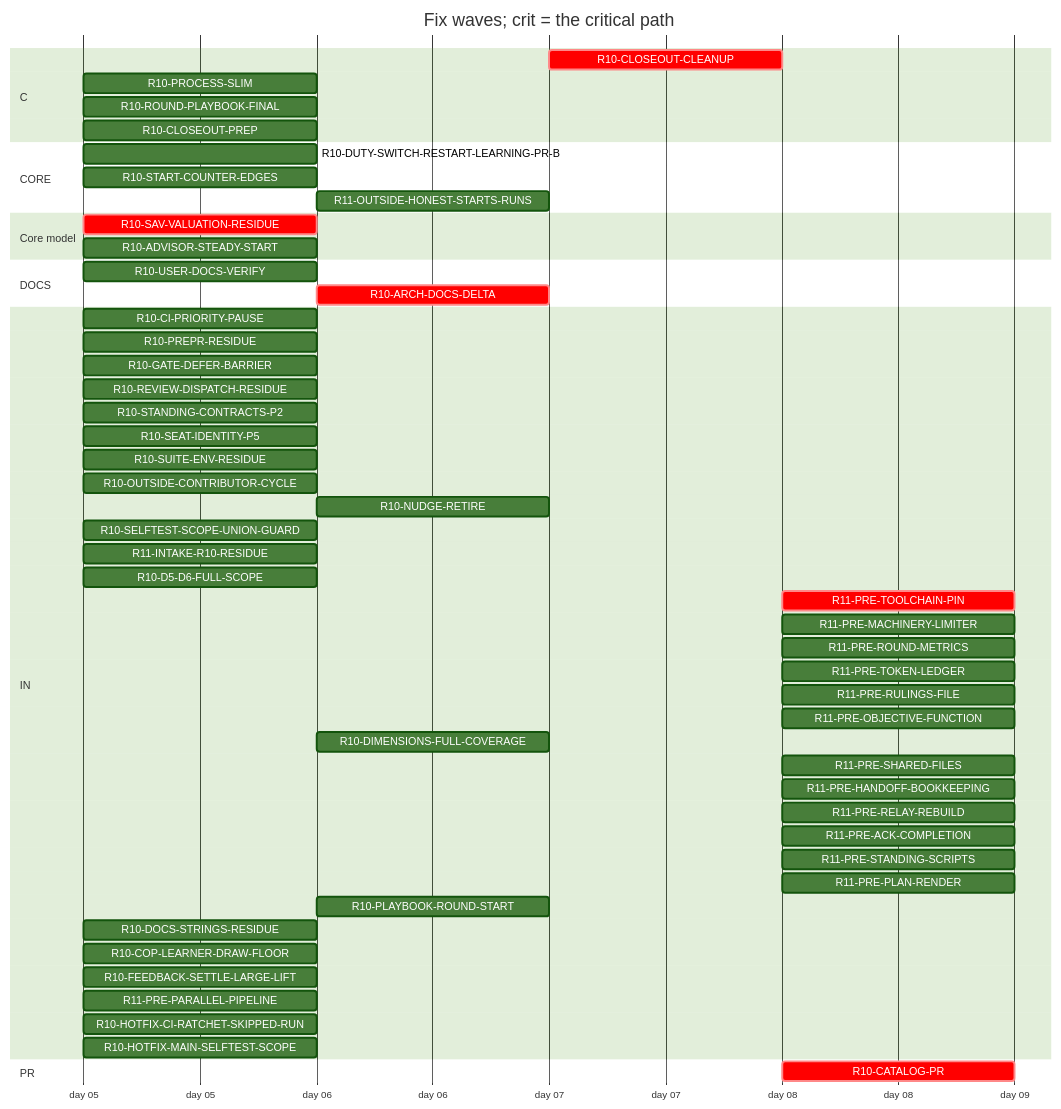
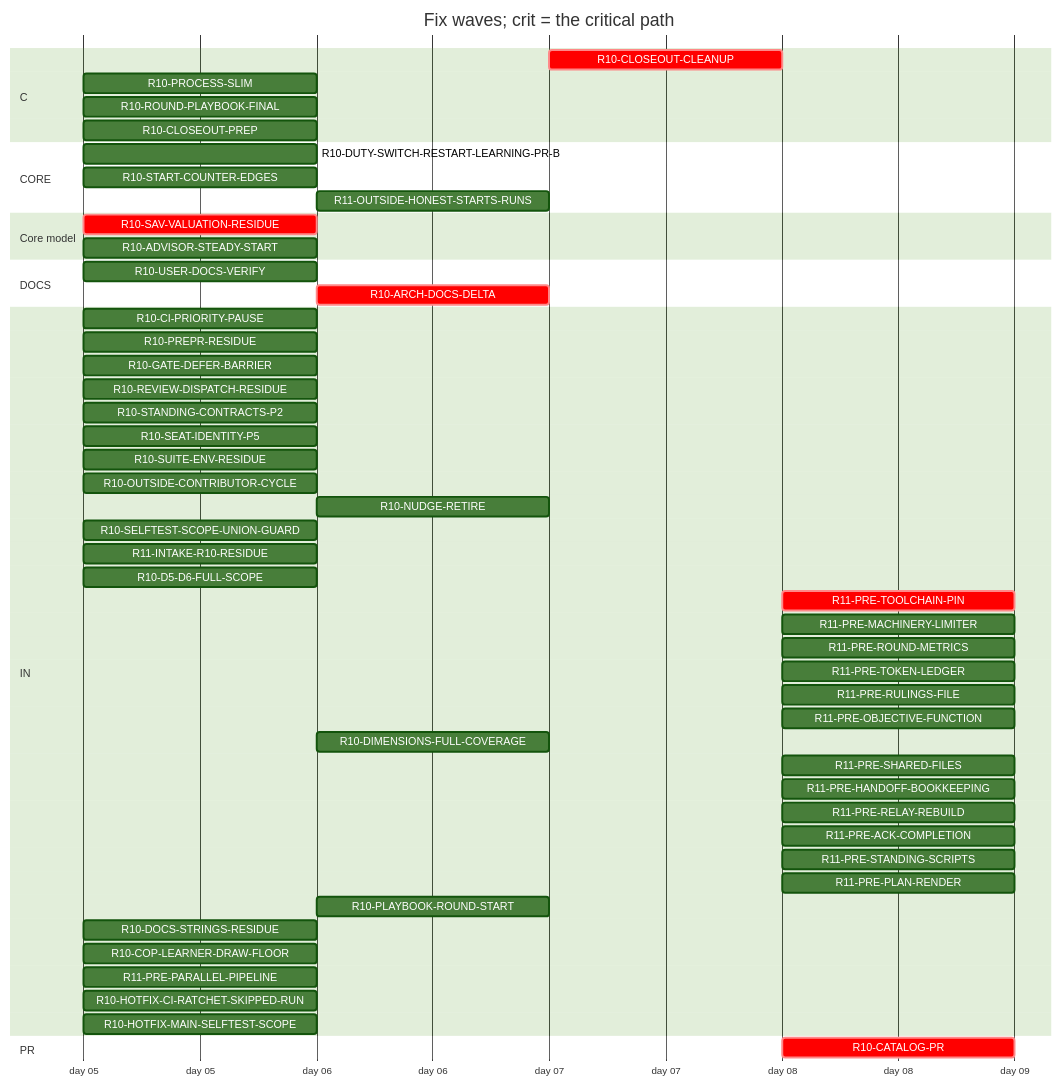
The diagram in handoff/round10/state/PLAN-TABLE.md (tvofi/heatpump_optimizer), drawn with Mermaid (forest theme) before and after one commit. The commit also changed other lines of this file and 3 other files, not shown here.

Commit message:
state: FLOW-BOARD.md, NEXT-SESSION-PROMPT.md, PLAN-TABLE.md, RESUME-CURRENT.md regenerated (state_docs.py)

````diff
--- a/handoff/round10/state/PLAN-TABLE.md
+++ b/handoff/round10/state/PLAN-TABLE.md
@@ -19,56 +19,55 @@
 ```mermaid
 gantt
   title Fix waves; crit = the critical path
   dateFormat YYYY-MM-DD
   axisFormat day %d
   section C
     R10-CLOSEOUT-CLEANUP :crit, r10CLOSEOUTCLEANUP, after r10USERDOCSVERIFY r10CLOSEOUTPREP r10ARCHDOCSDELTA, 1d
     R10-PROCESS-SLIM :r10PROCESSSLIM, 2026-01-05, 1d
     R10-ROUND-PLAYBOOK-FINAL :r10ROUNDPLAYBOOKFINAL, 2026-01-05, 1d
     R10-CLOSEOUT-PREP :r10CLOSEOUTPREP, 2026-01-05, 1d
   section CORE
     R10-DUTY-SWITCH-RESTART-LEARNING-PR-B :r10DUTYSWITCHRESTARTLEARNINGPRB, 2026-01-05, 1d
     R10-START-COUNTER-EDGES :r10STARTCOUNTEREDGES, 2026-01-05, 1d
     R11-OUTSIDE-HONEST-STARTS-RUNS :r11OUTSIDEHONESTSTARTSRUNS, after r10ADVISORSTEADYSTART, 1d
   section Core model
     R10-SAV-VALUATION-RESIDUE :crit, r10SAVVALUATIONRESIDUE, 2026-01-05, 1d
     R10-ADVISOR-STEADY-START :r10ADVISORSTEADYSTART, 2026-01-05, 1d
   section DOCS
     R10-USER-DOCS-VERIFY :r10USERDOCSVERIFY, 2026-01-05, 1d
     R10-ARCH-DOCS-DELTA :crit, r10ARCHDOCSDELTA, after r10SAVVALUATIONRESIDUE r10ADVISORSTEADYSTART, 1d
   section IN
     R10-CI-PRIORITY-PAUSE :r10CIPRIORITYPAUSE, 2026-01-05, 1d
     R10-PREPR-RESIDUE :r10PREPRRESIDUE, 2026-01-05, 1d
     R10-GATE-DEFER-BARRIER :r10GATEDEFERBARRIER, 2026-01-05, 1d
     R10-REVIEW-DISPATCH-RESIDUE :r10REVIEWDISPATCHRESIDUE, 2026-01-05, 1d
     R10-STANDING-CONTRACTS-P2 :r10STANDINGCONTRACTSP2, 2026-01-05, 1d
     R10-SEAT-IDENTITY-P5 :r10SEATIDENTITYP5, 2026-01-05, 1d
     R10-SUITE-ENV-RESIDUE :r10SUITEENVRESIDUE, 2026-01-05, 1d
     R10-OUTSIDE-CONTRIBUTOR-CYCLE :r10OUTSIDECONTRIBUTORCYCLE, 2026-01-05, 1d
     R10-NUDGE-RETIRE :r10NUDGERETIRE, after r10ROUNDPLAYBOOKFINAL, 1d
     R10-SELFTEST-SCOPE-UNION-GUARD :r10SELFTESTSCOPEUNIONGUARD, 2026-01-05, 1d
     R11-INTAKE-R10-RESIDUE :r11INTAKER10RESIDUE, 2026-01-05, 1d
     R10-D5-D6-FULL-SCOPE :r10D5D6FULLSCOPE, 2026-01-05, 1d
     R11-PRE-TOOLCHAIN-PIN :crit, r11PRETOOLCHAINPIN, after r10CATALOGPR, 1d
     R11-PRE-MACHINERY-LIMITER :r11PREMACHINERYLIMITER, after r10CATALOGPR, 1d
     R11-PRE-ROUND-METRICS :r11PREROUNDMETRICS, after r10CATALOGPR, 1d
     R11-PRE-TOKEN-LEDGER :r11PRETOKENLEDGER, after r10CATALOGPR, 1d
     R11-PRE-RULINGS-FILE :r11PRERULINGSFILE, after r10CATALOGPR, 1d
     R11-PRE-OBJECTIVE-FUNCTION :r11PREOBJECTIVEFUNCTION, after r10CATALOGPR, 1d
     R10-DIMENSIONS-FULL-COVERAGE :r10DIMENSIONSFULLCOVERAGE, after r10D5D6FULLSCOPE, 1d
     R11-PRE-SHARED-FILES :r11PRESHAREDFILES, after r10CATALOGPR, 1d
     R11-PRE-HANDOFF-BOOKKEEPING :r11PREHANDOFFBOOKKEEPING, after r10CATALOGPR, 1d
     R11-PRE-RELAY-REBUILD :r11PRERELAYREBUILD, after r10CATALOGPR, 1d
     R11-PRE-ACK-COMPLETION :r11PREACKCOMPLETION, after r10CATALOGPR, 1d
     R11-PRE-STANDING-SCRIPTS :r11PRESTANDINGSCRIPTS, after r10CATALOGPR, 1d
     R11-PRE-PLAN-RENDER :r11PREPLANRENDER, after r10CATALOGPR, 1d
     R10-PLAYBOOK-ROUND-START :r10PLAYBOOKROUNDSTART, after r10ROUNDPLAYBOOKFINAL, 1d
     R10-DOCS-STRINGS-RESIDUE :r10DOCSSTRINGSRESIDUE, 2026-01-05, 1d
     R10-COP-LEARNER-DRAW-FLOOR :r10COPLEARNERDRAWFLOOR, 2026-01-05, 1d
-    R10-FEEDBACK-SETTLE-LARGE-LIFT :r10FEEDBACKSETTLELARGELIFT, 2026-01-05, 1d
     R11-PRE-PARALLEL-PIPELINE :r11PREPARALLELPIPELINE, 2026-01-05, 1d
     R10-HOTFIX-CI-RATCHET-SKIPPED-RUN :r10HOTFIXCIRATCHETSKIPPEDRUN, 2026-01-05, 1d
     R10-HOTFIX-MAIN-SELFTEST-SCOPE :r10HOTFIXMAINSELFTESTSCOPE, 2026-01-05, 1d
   section PR
     R10-CATALOG-PR :crit, r10CATALOGPR, after r10USERDOCSVERIFY r10CLOSEOUTCLEANUP r10CLOSEOUTPREP r10ARCHDOCSDELTA, 1d
 ```
````
